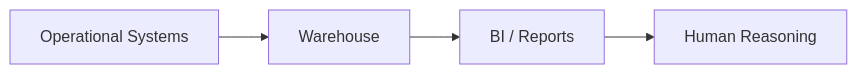
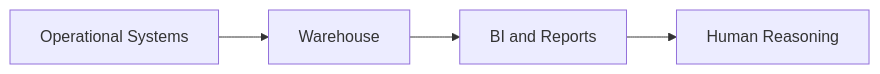
Before and after one commit to androviperian/semantic_warehouse_framework: the fifth of 12 diagrams in book/01-from-reporting-to-decision-intelligence.md, drawn with Mermaid. The commit also changed other lines of this file, not shown here.

Commit message:
Repair and complete chapter 1 Mermaid diagrams

````diff
--- a/book/01-from-reporting-to-decision-intelligence.md
+++ b/book/01-from-reporting-to-decision-intelligence.md
@@ -284,4 +250,6 @@
 ```mermaid
 flowchart LR
-    O["Operational Systems"] --> W["Warehouse"] --> BI["BI / Reports"] --> H["Human Reasoning"]
+    O["Operational Systems"] --> W["Warehouse"]
+    W --> R["BI and Reports"]
+    R --> H["Human Reasoning"]
 ```
````
